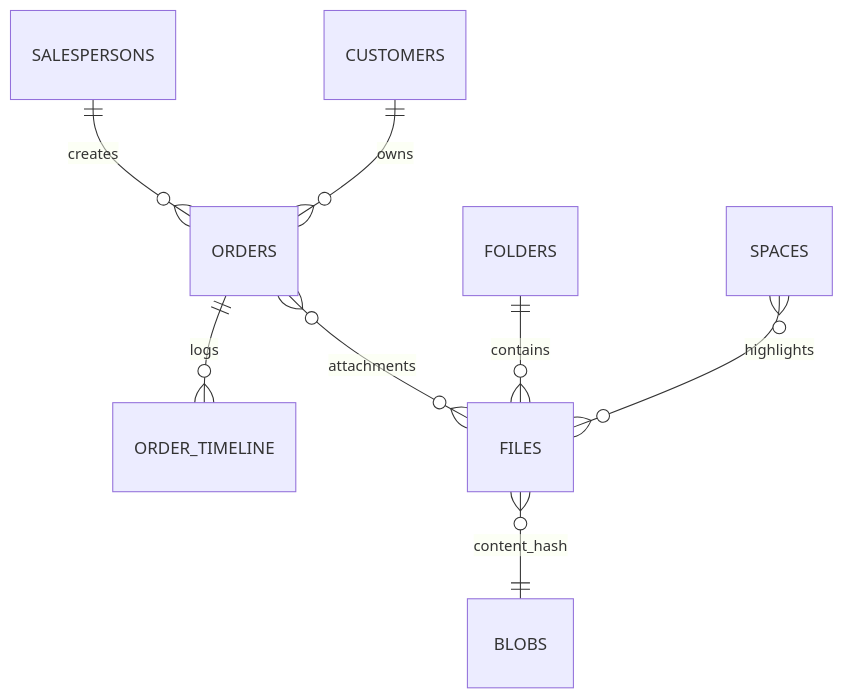
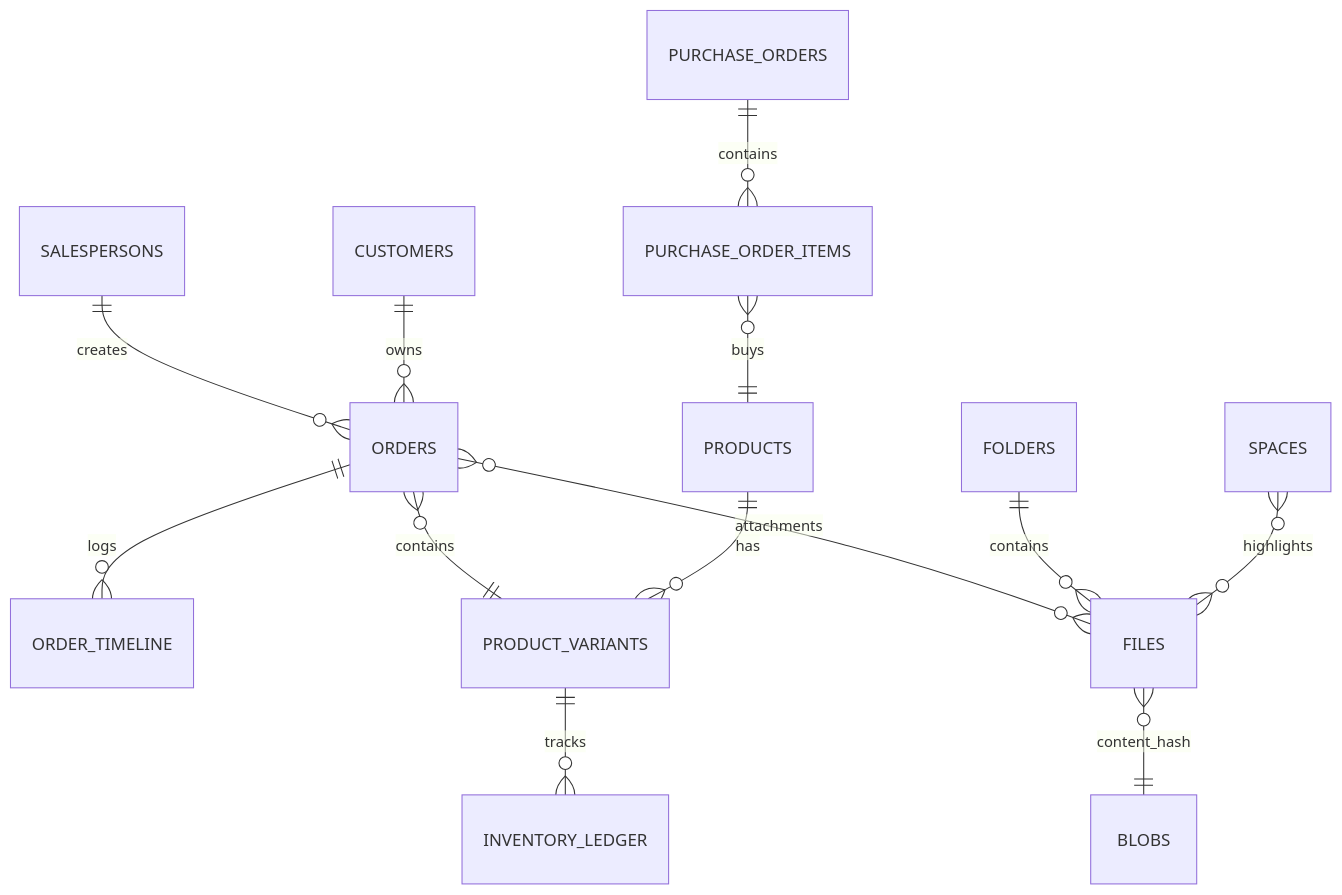
Before and after one commit to lelouch0823/KK-Image: the second of 4 diagrams in docs/architecture/system-overview.md, drawn with Mermaid. The commit also changed other lines of this file and 6 other files, not shown here.

````diff
--- a/docs/architecture/system-overview.md
+++ b/docs/architecture/system-overview.md
@@ -107,11 +108,18 @@
 ```mermaid
 erDiagram
     SALESPERSONS ||--o{ ORDERS : creates
     CUSTOMERS ||--o{ ORDERS : owns
     ORDERS ||--o{ ORDER_TIMELINE : logs
     ORDERS }o--o{ FILES : attachments
+    ORDERS }o--|| PRODUCT_VARIANTS : contains
+    
+    PRODUCTS ||--o{ PRODUCT_VARIANTS : has
+    PRODUCT_VARIANTS ||--o{ INVENTORY_LEDGER : tracks
+    
+    PURCHASE_ORDERS ||--o{ PURCHASE_ORDER_ITEMS : contains
+    PURCHASE_ORDER_ITEMS }o--|| PRODUCTS : buys
     
     FILES }o--|| BLOBS : "content_hash"
     FOLDERS ||--o{ FILES : contains
     SPACES }o--o{ FILES : highlights
 ```
````
